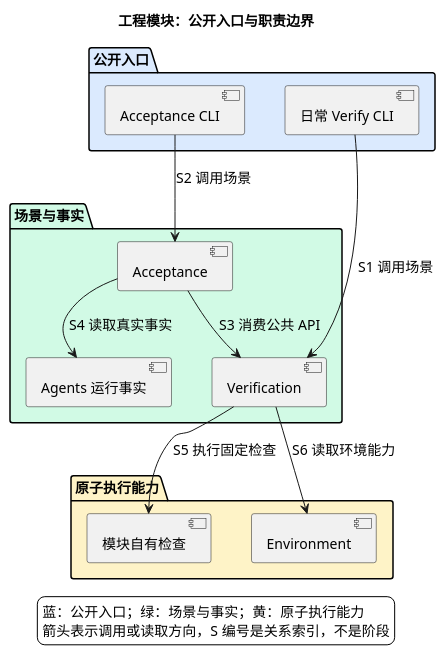
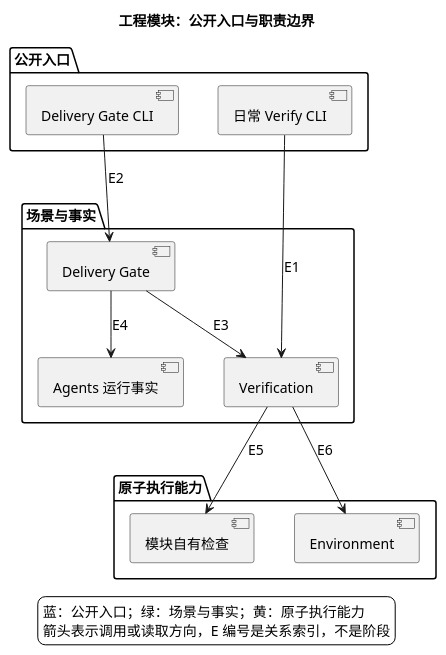
The diagram in docs/development/overview.md (iampkuhz/lexiflow), drawn with PlantUML before and after one commit. The commit also changed other lines of this file and 19 other files, not shown here.

Commit message:
docs: align local operations and delivery gate terminology

````diff
--- a/docs/development/overview.md
+++ b/docs/development/overview.md
@@ -20,35 +20,35 @@
 ```plantuml
 @startuml
 skinparam backgroundColor white
 skinparam defaultFontName SansSerif
 skinparam defaultFontSize 14
 skinparam shadowing false
 skinparam nodesep 40
 skinparam ranksep 45
 top to bottom direction
 title 工程模块：公开入口与职责边界
-package "公开入口" #DBEAFE {
+package "公开入口" as entry {
 component "日常 Verify CLI" as daily
-component "Acceptance CLI" as formal
+component "Delivery Gate CLI" as formal
 }
-package "场景与事实" #D1FAE5 {
+package "场景与事实" as scene {
 component "Verification" as verification
-component "Acceptance" as acceptance
+component "Delivery Gate" as delivery_gate
 component "Agents 运行事实" as agents
 }
-package "原子执行能力" #FEF3C7 {
+package "原子执行能力" as atomic {
 component "模块自有检查" as modules
 component "Environment" as environment
 }
-daily --> verification: S1 调用场景
-formal --> acceptance: S2 调用场景
-acceptance --> verification: S3 消费公共 API
-acceptance --> agents: S4 读取真实事实
-verification --> modules: S5 执行固定检查
-verification --> environment: S6 读取环境能力
+daily --> verification: E1
+formal --> delivery_gate: E2
+delivery_gate --> verification: E3
+delivery_gate --> agents: E4
+verification --> modules: E5
+verification --> environment: E6
 legend bottom
 蓝：公开入口；绿：场景与事实；黄：原子执行能力
-箭头表示调用或读取方向，S 编号是关系索引，不是阶段
+箭头表示调用或读取方向，E 编号是关系索引，不是阶段
 endlegend
 @enduml
 ```
````
